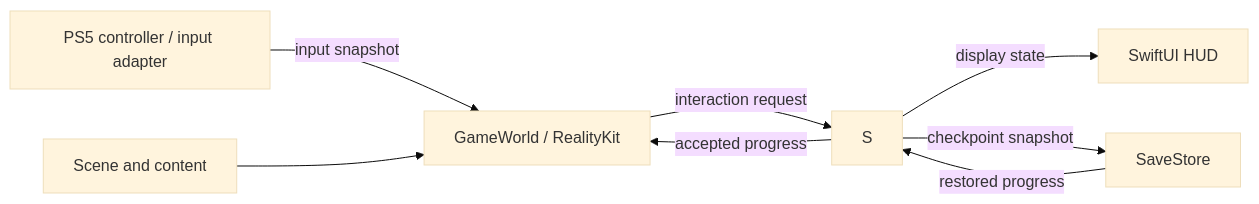
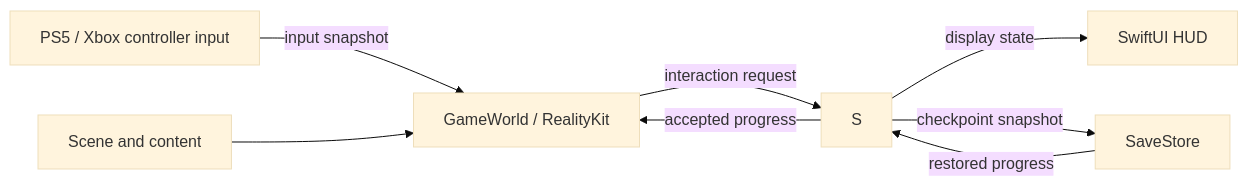
Before and after one commit to RonildoBraga/lauder: the diagram in docs/architecture.md, drawn with Mermaid (base theme). The commit also changed other lines of this file and 7 other files, not shown here.

````diff
--- a/docs/architecture.md
+++ b/docs/architecture.md
@@ -60,11 +60,11 @@
 ```mermaid
 flowchart LR
-    I["PS5 controller / input adapter"] -->|input snapshot| W["GameWorld / RealityKit"]
+    I["PS5 / Xbox controller input"] -->|input snapshot| W["GameWorld / RealityKit"]
     UI["SwiftUI HUD"]
     W -->|interaction request| S
     S -->|accepted progress| W
     S -->|display state| UI
     S -->|checkpoint snapshot| P["SaveStore"]
     P -->|restored progress| S
     C["Scene and content"] --> W
 ```
````
